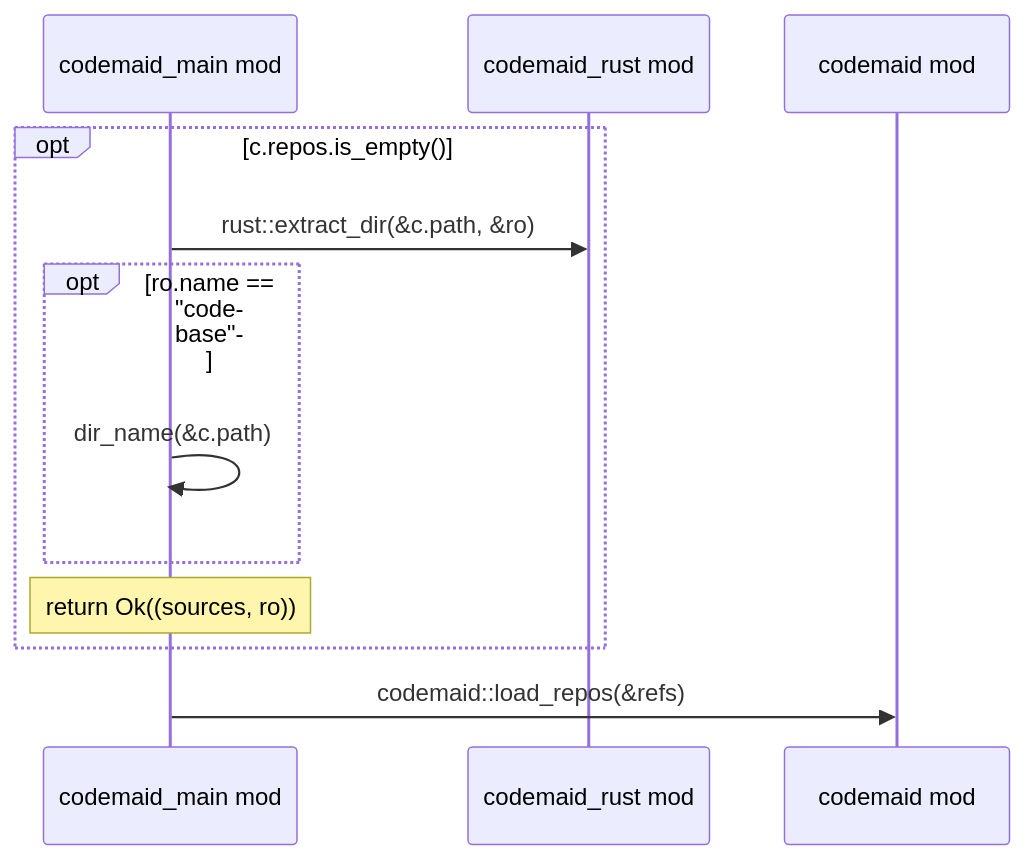
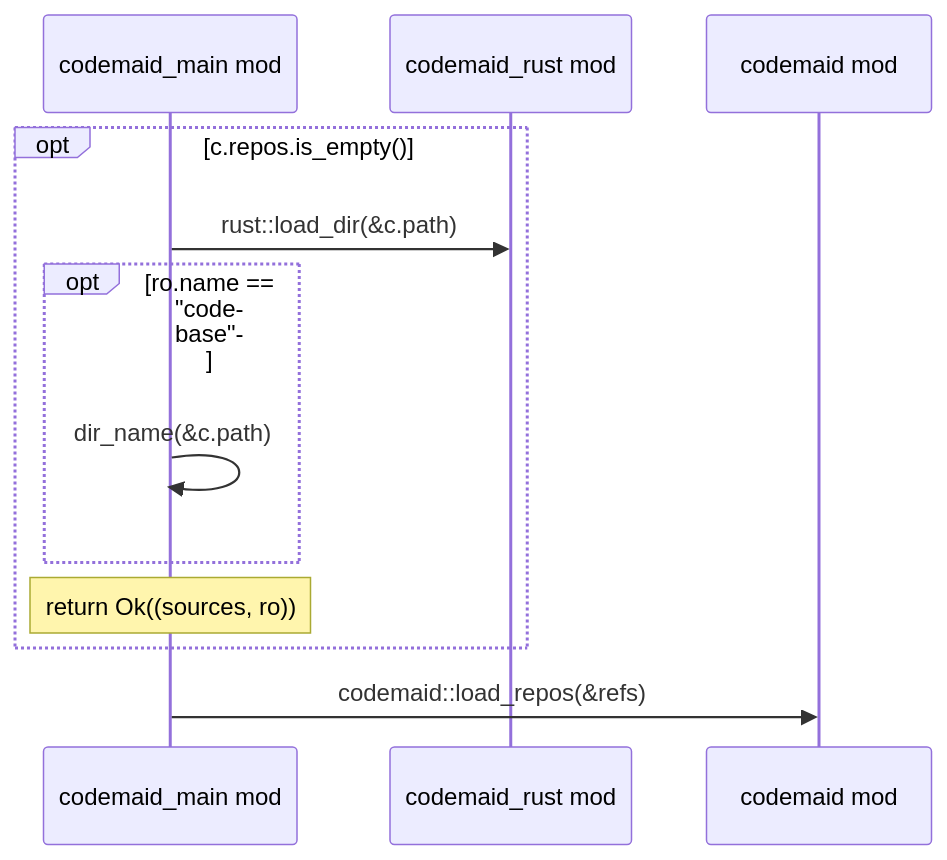
One commit to DreamLab-AI/codemaid changed the fourth of 4 diagrams in docs/codemaid/crates/codemaid/src/main.rs.md. Above: the diagram before and after it, drawn with Mermaid. The commit also changed other lines of this file and 29 other files, not shown here.

````diff
--- a/docs/codemaid/crates/codemaid/src/main.rs.md
+++ b/docs/codemaid/crates/codemaid/src/main.rs.md
@@ -110,14 +110,14 @@
 ```mermaid
 sequenceDiagram
   participant codemaid_main as codemaid_main mod
   participant codemaid_rust as codemaid_rust mod
   participant codemaid as codemaid mod
   opt c.repos.is_empty()
-    codemaid_main->>codemaid_rust: rust::extract_dir(&c.path, &ro)
+    codemaid_main->>codemaid_rust: rust::load_dir(&c.path)
     opt ro.name == #quot;codebase#quot;
       codemaid_main->>codemaid_main: dir_name(&c.path)
     end
     Note over codemaid_main: return Ok((sources, ro))
   end
   codemaid_main->>codemaid: codemaid::load_repos(&refs)
 ```
````
